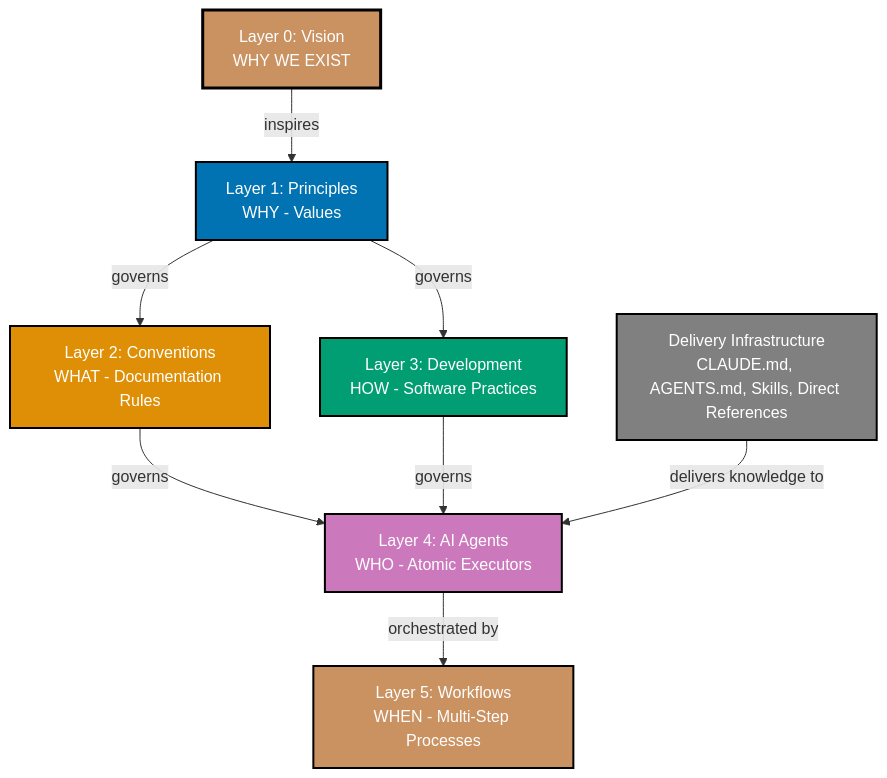
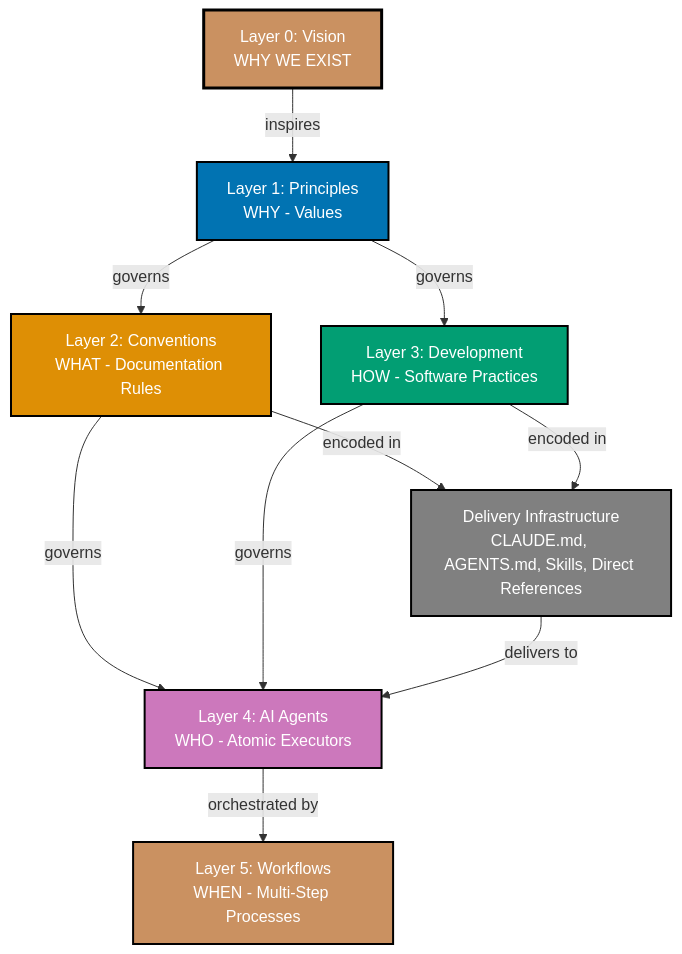
Before and after one commit to wahidyankf/open-sharia-enterprise: the diagram in docs/explanation/README.md, drawn with Mermaid.

Commit message:
fix(docs): correct delivery infrastructure knowledge flow
- Add L2 -->|encoded in| DI relationship
- Add L3 -->|encoded in| DI relationship
- Shows proper flow: L2/L3 → Delivery Infrastructure → L4
- Aligns with wow-understanding-repository-architecture skill

````diff
--- a/docs/explanation/README.md
+++ b/docs/explanation/README.md
@@ -49,27 +49,29 @@
 ```mermaid
 %% Color Palette: Blue #0173B2, Orange #DE8F05, Teal #029E73, Purple #CC78BC, Brown #CA9161, Gray #808080
 graph TD
     L0[Layer 0: Vision<br/>WHY WE EXIST]
     L1[Layer 1: Principles<br/>WHY - Values]
     L2[Layer 2: Conventions<br/>WHAT - Documentation Rules]
     L3[Layer 3: Development<br/>HOW - Software Practices]
     L4[Layer 4: AI Agents<br/>WHO - Atomic Executors]
     L5[Layer 5: Workflows<br/>WHEN - Multi-Step Processes]
     DI[Delivery Infrastructure<br/>CLAUDE.md, AGENTS.md, Skills, Direct References]
 
     L0 -->|inspires| L1
     L1 -->|governs| L2
     L1 -->|governs| L3
     L2 -->|governs| L4
     L3 -->|governs| L4
     L4 -->|orchestrated by| L5
-    DI -->|delivers knowledge to| L4
+    L2 -->|encoded in| DI
+    L3 -->|encoded in| DI
+    DI -->|delivers to| L4
 
     style L0 fill:#CA9161,stroke:#000000,color:#FFFFFF,stroke-width:3px
     style L1 fill:#0173B2,stroke:#000000,color:#FFFFFF,stroke-width:2px
     style L2 fill:#DE8F05,stroke:#000000,color:#FFFFFF,stroke-width:2px
     style L3 fill:#029E73,stroke:#000000,color:#FFFFFF,stroke-width:2px
     style L4 fill:#CC78BC,stroke:#000000,color:#FFFFFF,stroke-width:2px
     style L5 fill:#CA9161,stroke:#000000,color:#FFFFFF,stroke-width:2px
     style DI fill:#808080,stroke:#000000,color:#FFFFFF,stroke-width:2px
 ```
````
